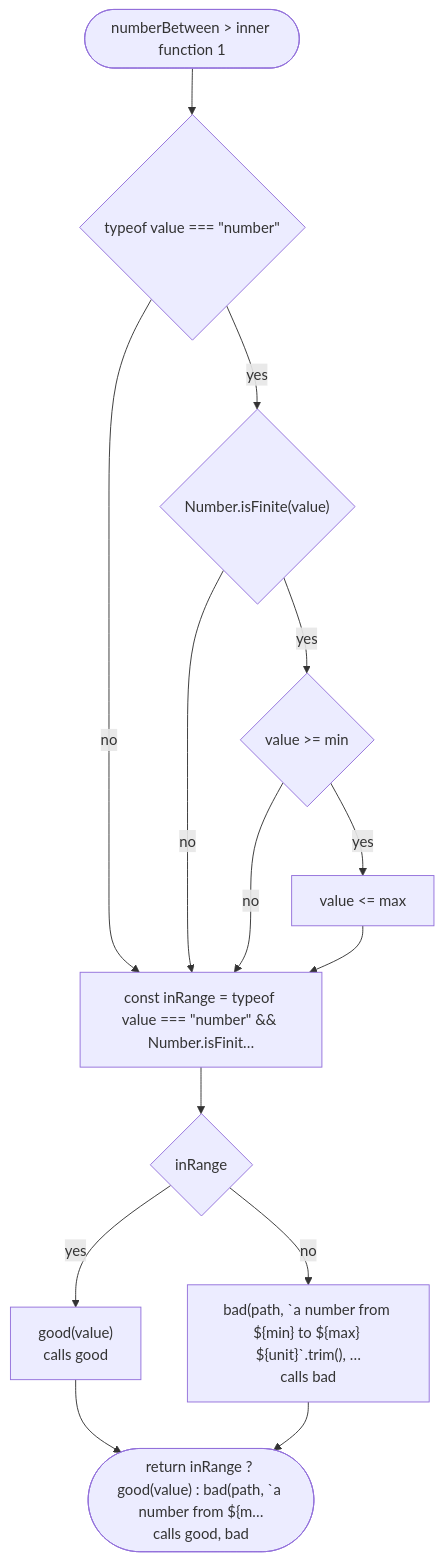
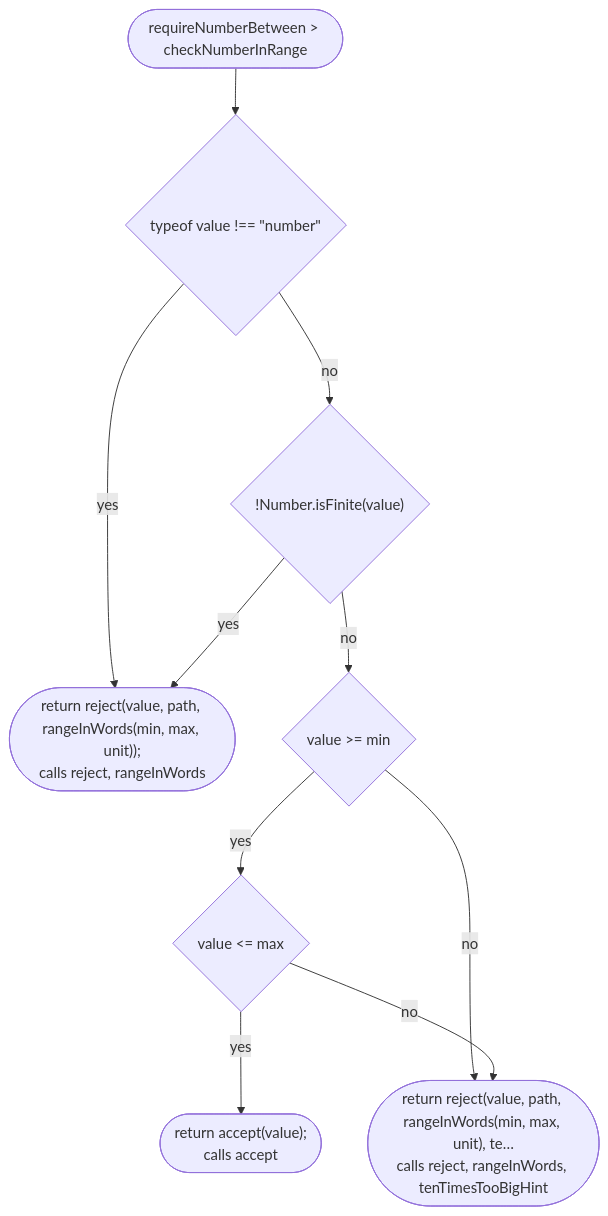
Diagram 12 of 38 in docs/flows/src/place/parse.md (NewDara-Star/world-engine), drawn with Mermaid before and after one commit. The commit also changed other lines of this file and 18 other files, not shown here.

````diff
--- a/docs/flows/src/place/parse.md
+++ b/docs/flows/src/place/parse.md
@@ -113,26 +176,20 @@
 ```mermaid
 flowchart TD
-  n1(["numberBetween #gt; inner function 1"])
-  n2{"typeof value === #quot;number#quot;"}
-  n3{"Number.isFinite(value)"}
-  n4{"value #gt;= min"}
-  n5["value #lt;= max"]
-  n6["const inRange = typeof value === #quot;number#quot; && Number.isFinit…"]
-  n7{"inRange"}
-  n8["good(value)<br/>calls good"]
-  n9["bad(path, #96;a number from ${min} to ${max} ${unit}#96;.trim(), …<br/>calls bad"]
-  n10(["return inRange ? good(value) : bad(path, #96;a number from ${m…<br/>calls good, bad"])
+  n1(["requireNumberBetween #gt; checkNumberInRange"])
+  n2{"typeof value !== #quot;number#quot;"}
+  n3{"!Number.isFinite(value)"}
+  n4(["return reject(value, path, rangeInWords(min, max, unit));<br/>calls reject, rangeInWords"])
+  n5{"value #gt;= min"}
+  n6{"value #lt;= max"}
+  n7(["return accept(value);<br/>calls accept"])
+  n8(["return reject(value, path, rangeInWords(min, max, unit), te…<br/>calls reject, rangeInWords, tenTimesTooBigHint"])
   n1 --> n2
-  n2 -->|"yes"| n3
+  n2 -->|"no"| n3
+  n2 -->|"yes"| n4
   n3 -->|"yes"| n4
-  n4 -->|"yes"| n5
-  n2 -->|"no"| n6
-  n3 -->|"no"| n6
-  n4 -->|"no"| n6
-  n5 --> n6
-  n6 --> n7
-  n7 -->|"yes"| n8
-  n7 -->|"no"| n9
-  n8 --> n10
-  n9 --> n10
+  n3 -->|"no"| n5
+  n5 -->|"yes"| n6
+  n6 -->|"yes"| n7
+  n5 -->|"no"| n8
+  n6 -->|"no"| n8
 ```
````
